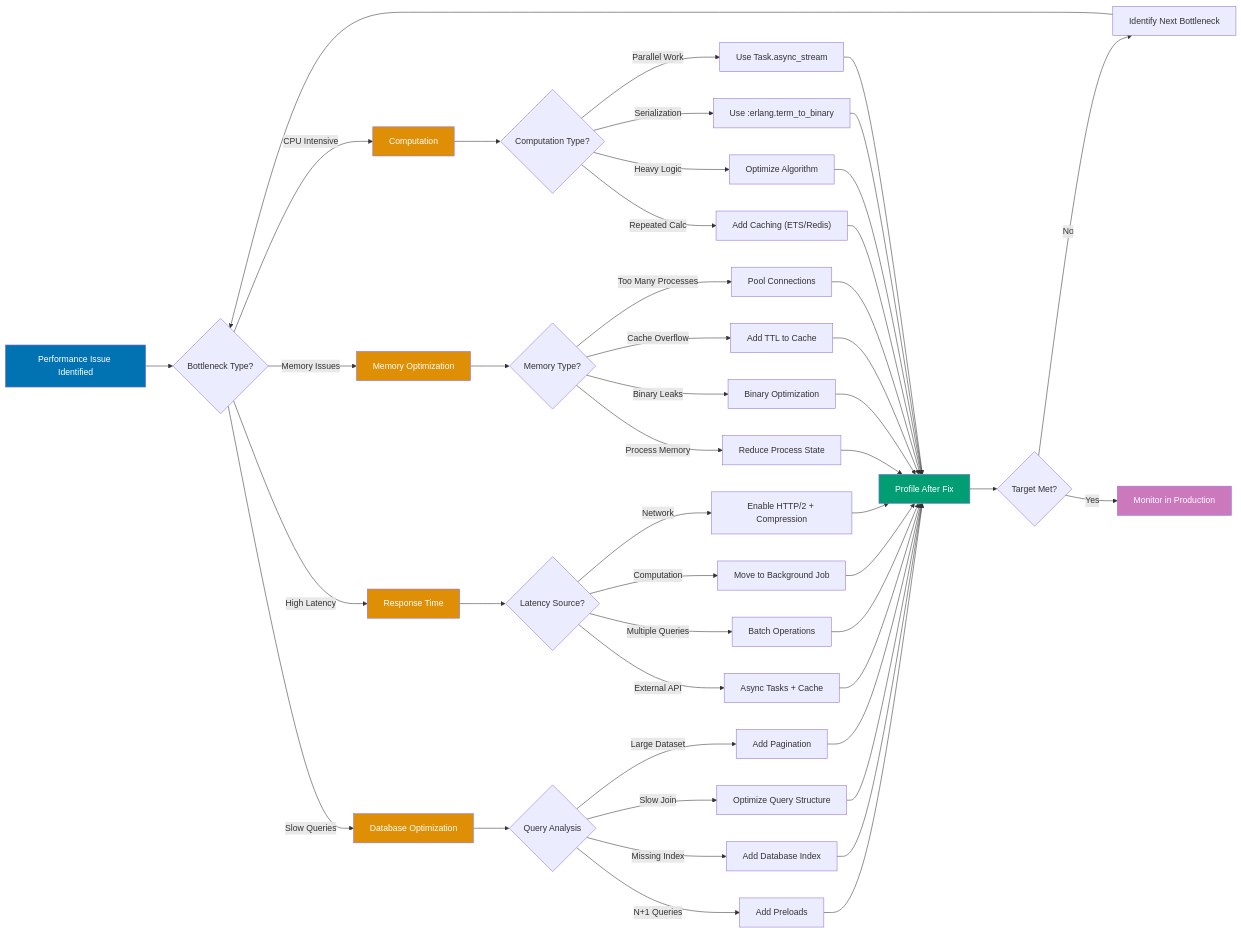
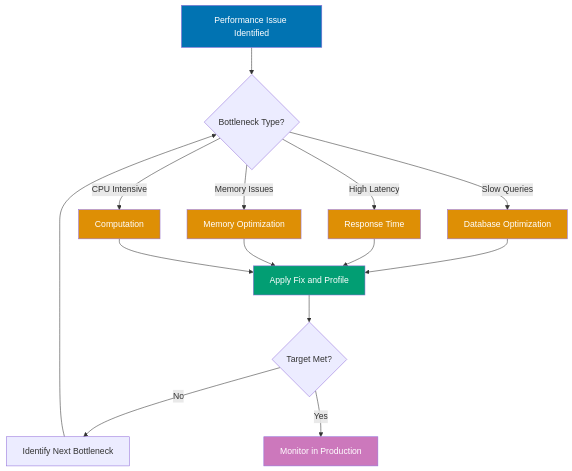
One commit to wahidyankf/ose-primer changed the diagram in docs/explanation/software-engineering/platform-web/tools/elixir-phoenix/performance.md. Above: the diagram before and after it, drawn with Mermaid. The commit also changed 5 other files, not shown here.

First line of the commit message:
docs: fix over-wide and over-long mermaid state diagrams

````diff
--- a/docs/explanation/software-engineering/platform-web/tools/elixir-phoenix/performance.md
+++ b/docs/explanation/software-engineering/platform-web/tools/elixir-phoenix/performance.md
@@ -53,66 +53,30 @@
 ```mermaid
 %% Color Palette: Blue #0173B2, Orange #DE8F05, Teal #029E73, Purple #CC78BC
 %% All colors are color-blind friendly and meet WCAG AA contrast standards
 
-graph LR
+graph TB
     A[Performance Issue Identified] --> B{Bottleneck Type?}
 
     B -->|Slow Queries| C[Database Optimization]
     B -->|High Latency| D[Response Time]
     B -->|Memory Issues| E[Memory Optimization]
     B -->|CPU Intensive| F[Computation]
 
-    C --> C1{Query Analysis}
-    C1 -->|N+1 Queries| C2[Add Preloads]
-    C1 -->|Missing Index| C3[Add Database Index]
-    C1 -->|Slow Join| C4[Optimize Query Structure]
-    C1 -->|Large Dataset| C5[Add Pagination]
-
-    D --> D1{Latency Source?}
-    D1 -->|External API| D2[Async Tasks + Cache]
-    D1 -->|Multiple Queries| D3[Batch Operations]
-    D1 -->|Computation| D4[Move to Background Job]
-    D1 -->|Network| D5[Enable HTTP/2 + Compression]
-
-    E --> E1{Memory Type?}
-    E1 -->|Process Memory| E2[Reduce Process State]
-    E1 -->|Binary Leaks| E3[Binary Optimization]
-    E1 -->|Cache Overflow| E4[Add TTL to Cache]
-    E1 -->|Too Many Processes| E5[Pool Connections]
-
-    F --> F1{Computation Type?}
-    F1 -->|Repeated Calc| F2[Add Caching #40;ETS/Redis#41;]
-    F1 -->|Heavy Logic| F3[Optimize Algorithm]
-    F1 -->|Serialization| F4[Use :erlang.term_to_binary]
-    F1 -->|Parallel Work| F5[Use Task.async_stream]
-
-    C2 --> G[Profile After Fix]
-    C3 --> G
-    C4 --> G
-    C5 --> G
-    D2 --> G
-    D3 --> G
-    D4 --> G
-    D5 --> G
-    E2 --> G
-    E3 --> G
-    E4 --> G
-    E5 --> G
-    F2 --> G
-    F3 --> G
-    F4 --> G
-    F5 --> G
+    C --> G[Apply Fix and Profile]
+    D --> G
+    E --> G
+    F --> G
 
     G --> H{Target Met?}
     H -->|No| I[Identify Next Bottleneck]
     H -->|Yes| J[Monitor in Production]
     I --> B
 
     style A fill:#0173B2,color:#fff
     style C fill:#DE8F05,color:#fff
     style D fill:#DE8F05,color:#fff
     style E fill:#DE8F05,color:#fff
     style F fill:#DE8F05,color:#fff
     style G fill:#029E73,color:#fff
     style J fill:#CC78BC,color:#fff
 ```
````
